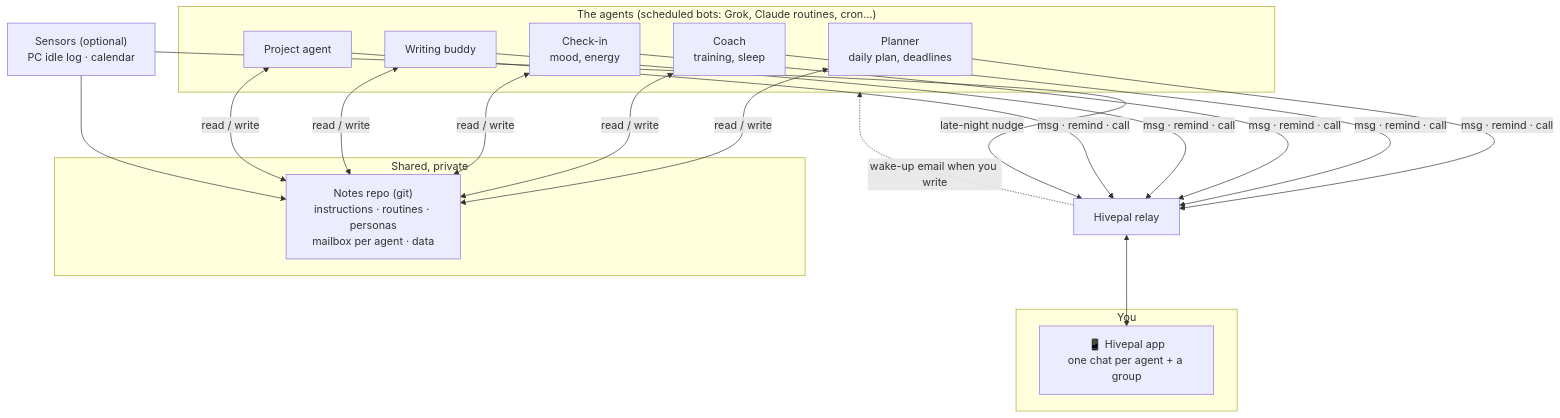
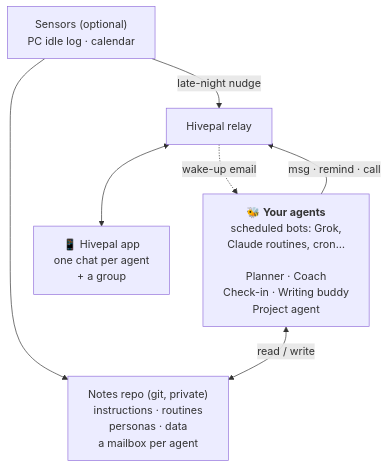
Before and after one commit to mixx86/hivepal: the diagram in docs/guide/hive.md, drawn with Mermaid. The commit also changed 1 other file, not shown here.

Commit message:
Docs: narrower diagrams so they stay readable on the website
The hive diagram (2333 px wide) lists the agents in one node; "The pieces" and
subscriptions run top to bottom; sequence diagrams get shorter, wrapped labels;
the data model is laid out left to right and shows devices joining calls.

````diff
--- a/docs/guide/hive.md
+++ b/docs/guide/hive.md
@@ -7,25 +7,15 @@
 ```mermaid
 flowchart TB
-    subgraph you["You"]
-        PH["📱 Hivepal app<br/>one chat per agent + a group"]
-    end
-    subgraph hive["The agents (scheduled bots: Grok, Claude routines, cron…)"]
-        N["Planner<br/>daily plan, deadlines"]
-        C["Coach<br/>training, sleep"]
-        W["Check-in<br/>mood, energy"]
-        I["Writing buddy"]
-        H["Project agent"]
-    end
-    subgraph shared["Shared, private"]
-        REPO["Notes repo (git)<br/>instructions · routines · personas<br/>mailbox per agent · data"]
-    end
+    S["Sensors (optional)<br/>PC idle log · calendar"]
+    A["🐝 <b>Your agents</b><br/>scheduled bots: Grok,<br/>Claude routines, cron…<br/><br/>Planner · Coach<br/>Check-in · Writing buddy<br/>Project agent"]
+    REPO["Notes repo (git, private)<br/>instructions · routines<br/>personas · data<br/>a mailbox per agent"]
     R["Hivepal relay"]
-    S["Sensors (optional)<br/>PC idle log · calendar"]
+    PH["📱 Hivepal app<br/>one chat per agent<br/>+ a group"]
 
-    N & C & W & I & H -- "msg · remind · call" --> R
+    S --> REPO
+    A <-- "read / write" --> REPO
+    A -- "msg · remind · call" --> R
+    R -. "wake-up email" .-> A
+    S -- "late-night nudge" --> R
     R <--> PH
-    N & C & W & I & H <-- "read / write" --> REPO
-    S --> REPO
-    S -- "late-night nudge" --> R
-    R -. "wake-up email when you write" .-> hive
 ```
````
